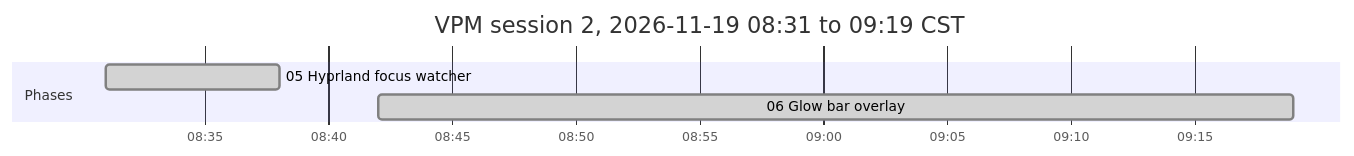
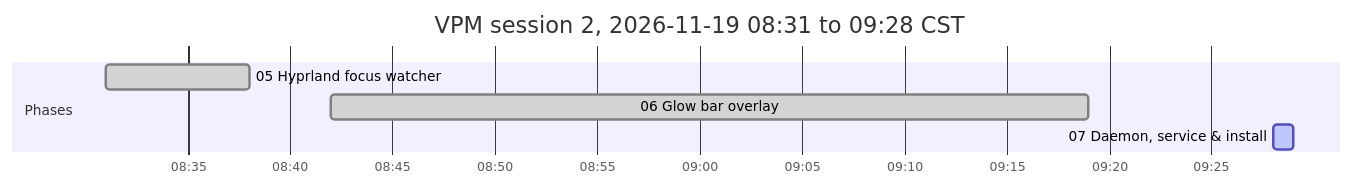
The second of 2 diagrams in VPM_IMPLEMENTATION_PLAN.md (antonizick/VPNMonitor), drawn with Mermaid before and after one commit. The commit also changed other lines of this file and 1 other file, not shown here.

Commit message:
docs(plan): refresh timeline

````diff
--- a/VPM_IMPLEMENTATION_PLAN.md
+++ b/VPM_IMPLEMENTATION_PLAN.md
@@ -67,9 +67,10 @@
 ```mermaid
 gantt
-    title VPM session 2, 2026-11-19 08:31 to 09:19 CST
+    title VPM session 2, 2026-11-19 08:31 to 09:28 CST
     dateFormat YYYY-MM-DD HH:mm
     axisFormat %H:%M
     section Phases
     05 Hyprland focus watcher :done, p05s2, 2026-11-19 08:31, 2026-11-19 08:38
     06 Glow bar overlay :done, p06s2, 2026-11-19 08:42, 2026-11-19 09:19
+    07 Daemon, service & install :active, p07s2, 2026-11-19 09:28, 2026-11-19 09:29
 ```
````
